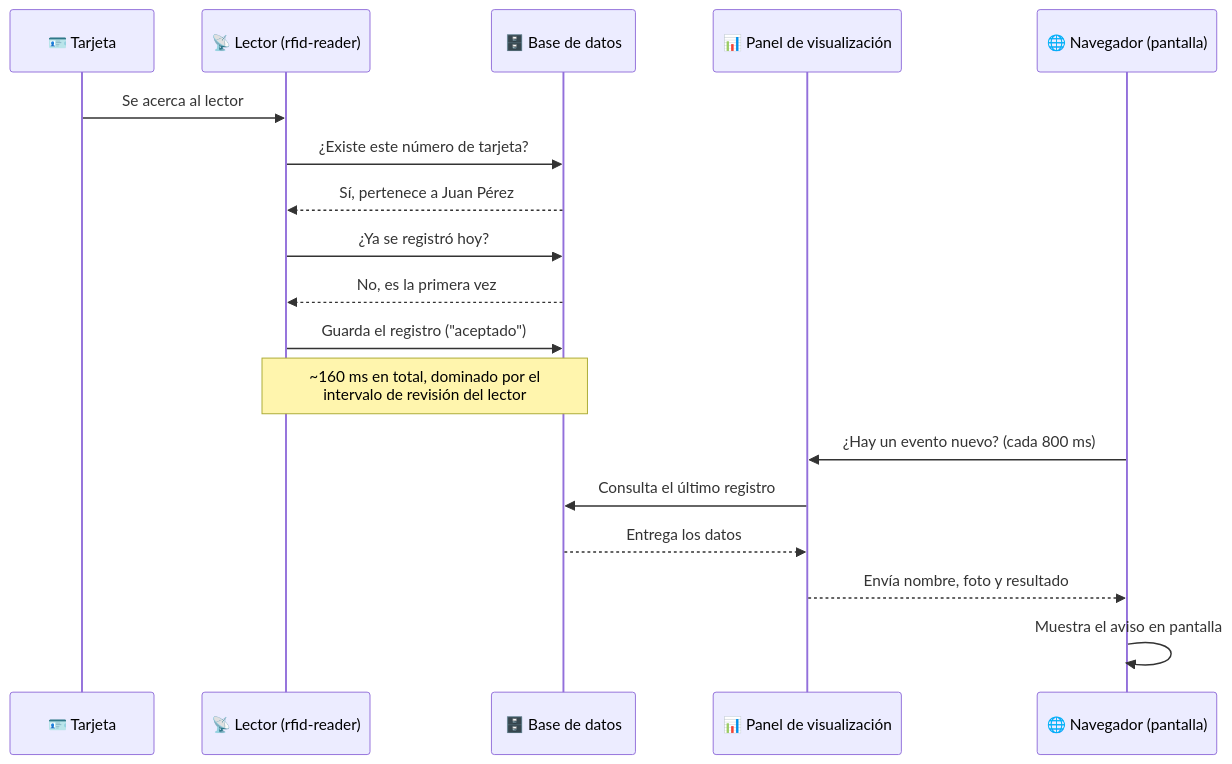
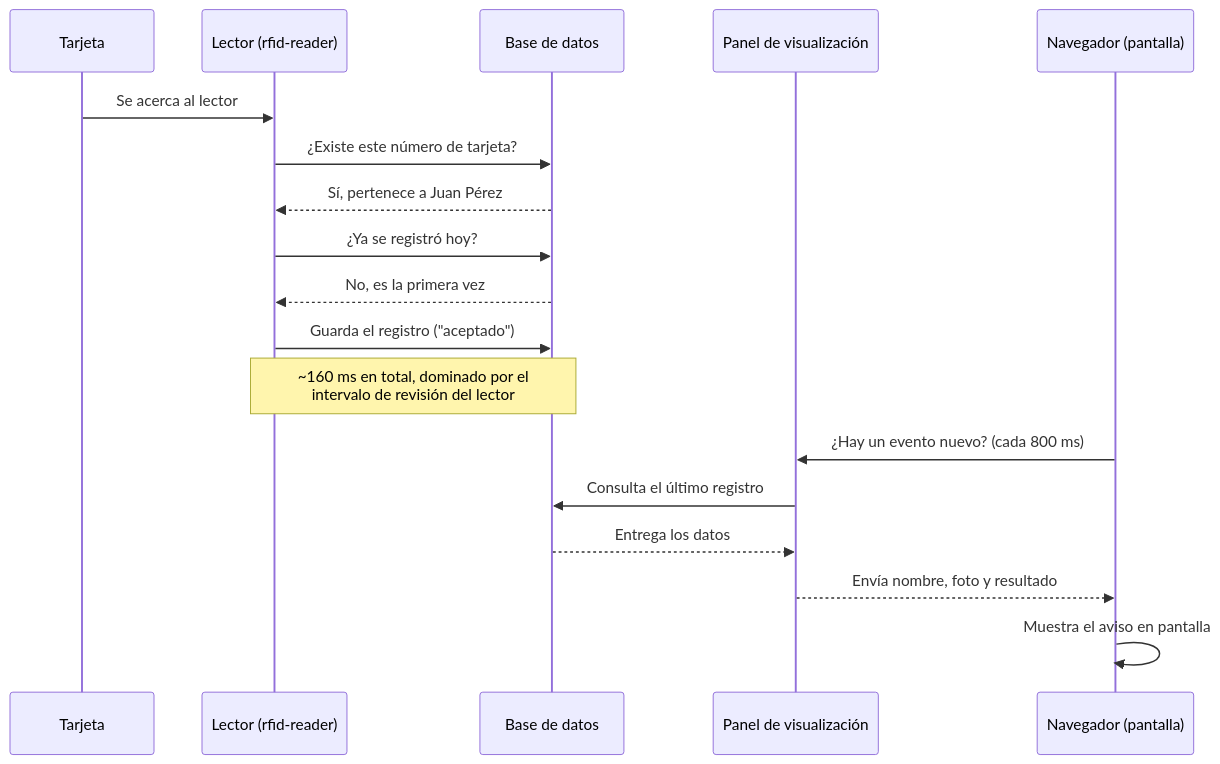
Before and after one commit to AdrianMorenoM/rfid-attendance-system: the fourth of 5 diagrams in README.md, drawn with Mermaid. The commit also changed other lines of this file, not shown here.

````diff
--- a/README.md
+++ b/README.md
@@ -324,21 +324,21 @@
 ```mermaid
 sequenceDiagram
-    participant T as 🪪 Tarjeta
-    participant L as 📡 Lector (rfid-reader)
-    participant DB as 🗄️ Base de datos
-    participant P as 📊 Panel de visualización
-    participant N as 🌐 Navegador (pantalla)
+    participant T as Tarjeta
+    participant L as Lector (rfid-reader)
+    participant DB as Base de datos
+    participant P as Panel de visualización
+    participant N as Navegador (pantalla)
 
     T->>L: Se acerca al lector
     L->>DB: ¿Existe este número de tarjeta?
     DB-->>L: Sí, pertenece a Juan Pérez
     L->>DB: ¿Ya se registró hoy?
     DB-->>L: No, es la primera vez
     L->>DB: Guarda el registro ("aceptado")
     Note over L,DB: ~160 ms en total, dominado por el<br/>intervalo de revisión del lector
     N->>P: ¿Hay un evento nuevo? (cada 800 ms)
     P->>DB: Consulta el último registro
     DB-->>P: Entrega los datos
     P-->>N: Envía nombre, foto y resultado
     N->>N: Muestra el aviso en pantalla
 ```
````
